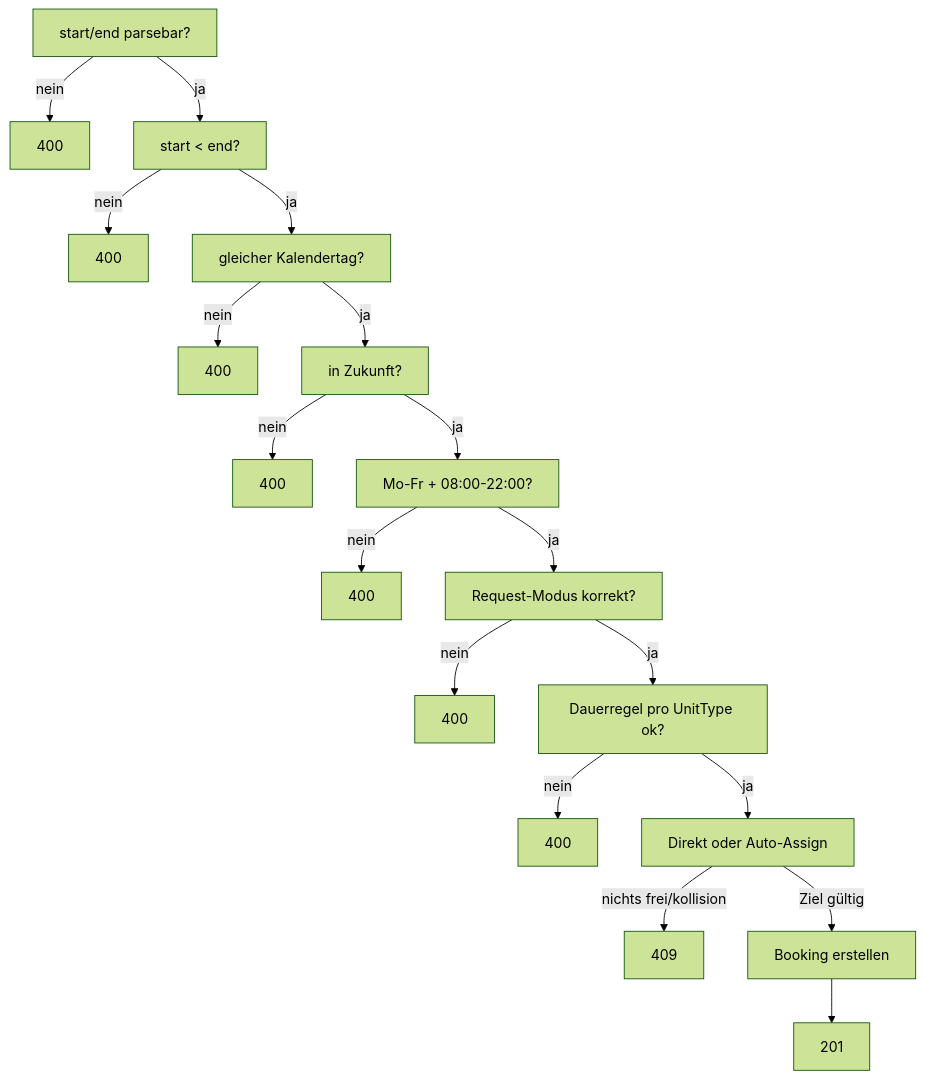
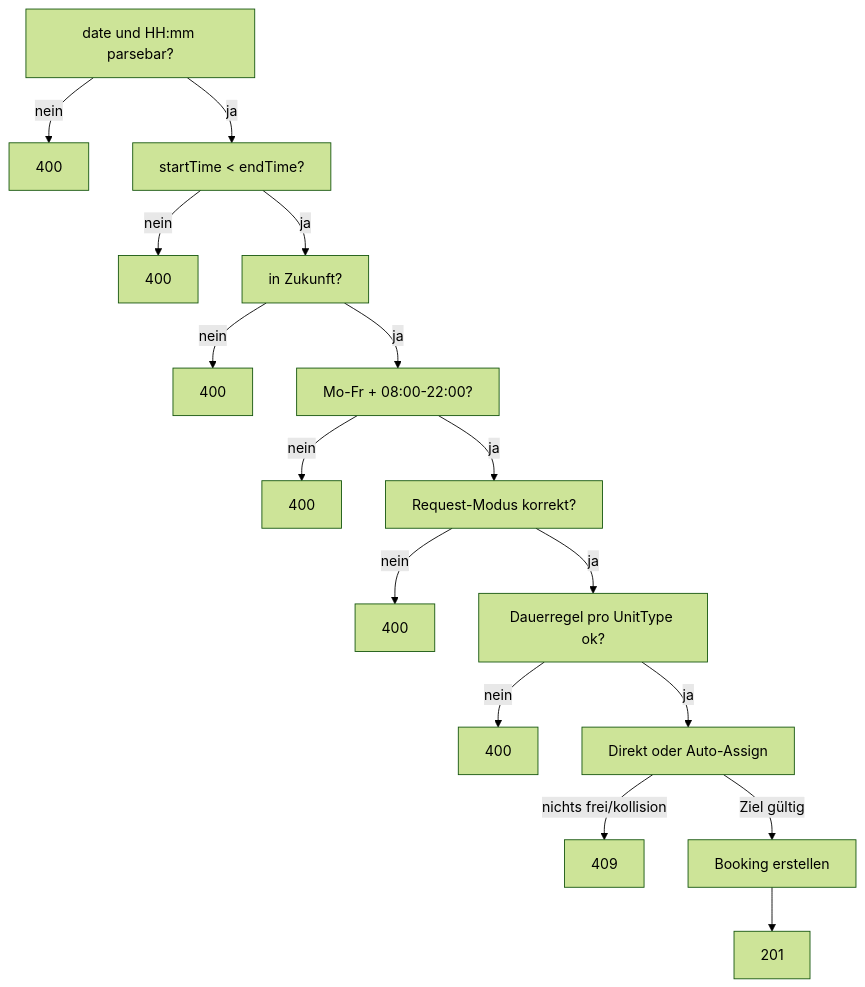
One commit to CodeRacon/roomfull-2.0 changed the third of 4 diagrams in backend/docs/booking-flow.md. Above: the diagram before and after it, drawn with Mermaid (forest theme). The commit also changed other lines of this file and 17 other files, not shown here.

Commit message:
docs: align booking architecture contracts

````diff
--- a/backend/docs/booking-flow.md
+++ b/backend/docs/booking-flow.md
@@ -264,20 +276,18 @@
 ```mermaid
 flowchart TD
-  A[start/end parsebar?] -->|nein| E400a[400]
-  A -->|ja| B[start < end?]
+  A[date und HH:mm parsebar?] -->|nein| E400a[400]
+  A -->|ja| B[startTime < endTime?]
   B -->|nein| E400b[400]
-  B -->|ja| C[gleicher Kalendertag?]
-  C -->|nein| E400c[400]
-  C -->|ja| D[in Zukunft?]
+  B -->|ja| D[in Zukunft?]
   D -->|nein| E400d[400]
   D -->|ja| E[Mo-Fr + 08:00-22:00?]
   E -->|nein| E400e[400]
   E -->|ja| F[Request-Modus korrekt?]
   F -->|nein| E400f[400]
   F -->|ja| G[Dauerregel pro UnitType ok?]
   G -->|nein| E400g[400]
   G -->|ja| H[Direkt oder Auto-Assign]
   H -->|nichts frei/kollision| E409[409]
   H -->|Ziel gültig| I[Booking erstellen]
   I --> S201[201]
 ```
````
